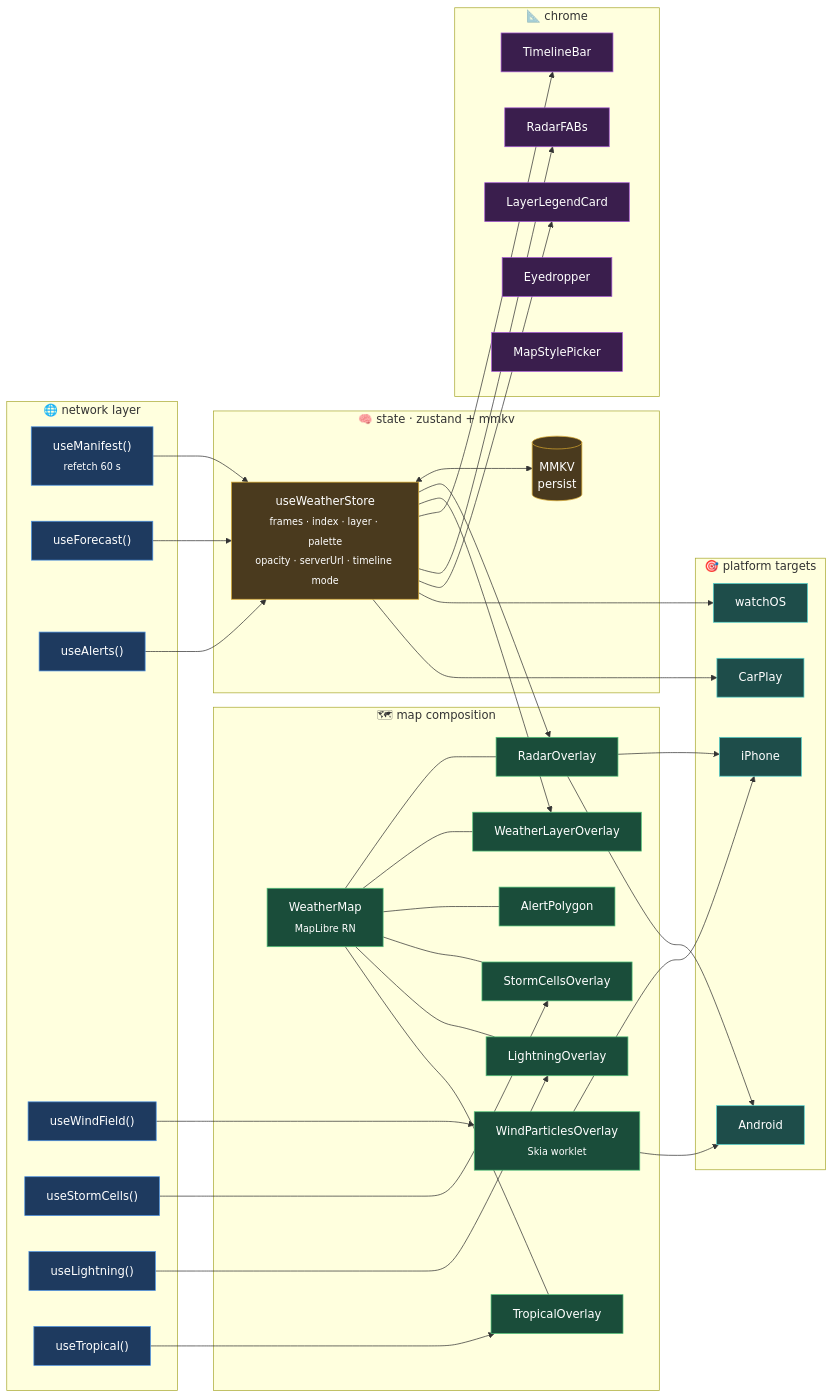
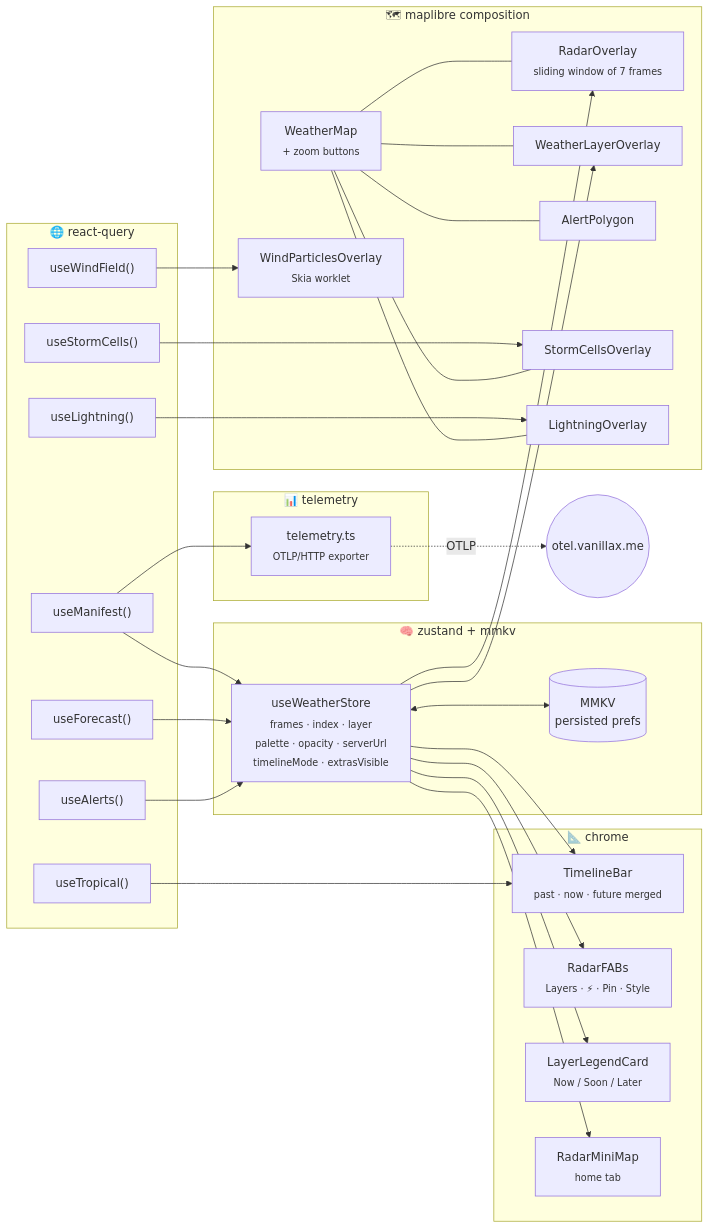
Before and after one commit to mitchross/radar-ng: the third of 7 diagrams in README.md, drawn with Mermaid. The commit also changed other lines of this file, not shown here.

First line of the commit message:
README: full-stack guide — frontend, backend, OTel pipeline, ops

````diff
--- a/README.md
+++ b/README.md
@@ -174,78 +160,52 @@
 ```mermaid
 flowchart LR
-    subgraph Net["🌐 network layer"]
-        Manifest["useManifest()<br/><sub>refetch 60 s</sub>"]
+    subgraph Net["🌐 react-query"]
+        Manifest["useManifest()"]
         Forecast["useForecast()"]
         Alerts["useAlerts()"]
         Wind["useWindField()"]
         Storms["useStormCells()"]
         Light["useLightning()"]
         Trop["useTropical()"]
     end
 
-    subgraph Store["🧠 state · zustand + mmkv"]
-        WS["useWeatherStore<br/><sub>frames · index · layer · palette<br/>opacity · serverUrl · timeline mode</sub>"]
-        MMKV[("MMKV<br/>persist")]
+    subgraph Store["🧠 zustand + mmkv"]
+        WS["useWeatherStore<br/><sub>frames · index · layer<br/>palette · opacity · serverUrl<br/>timelineMode · extrasVisible</sub>"]
+        MMKV[("MMKV<br/>persisted prefs")]
     end
 
-    subgraph Map["🗺 map composition"]
-        WM["WeatherMap<br/><sub>MapLibre RN</sub>"]
-        RO["RadarOverlay"]
+    subgraph Map["🗺 maplibre composition"]
+        WM["WeatherMap<br/><sub>+ zoom buttons</sub>"]
+        RO["RadarOverlay<br/><sub>sliding window of 7 frames</sub>"]
         WLO["WeatherLayerOverlay"]
         AP["AlertPolygon"]
         SC["StormCellsOverlay"]
         LO["LightningOverlay"]
-        TO["TropicalOverlay"]
         WP["WindParticlesOverlay<br/><sub>Skia worklet</sub>"]
     end
 
     subgraph Chrome["📐 chrome"]
-        TL["TimelineBar"]
-        FAB["RadarFABs"]
-        LL["LayerLegendCard"]
-        EYE["Eyedropper"]
-        MSP["MapStylePicker"]
+        TL["TimelineBar<br/><sub>past · now · future merged</sub>"]
+        FAB["RadarFABs<br/><sub>Layers · ⚡ · Pin · Style</sub>"]
+        LL["LayerLegendCard<br/><sub>Now / Soon / Later</sub>"]
+        MINI["RadarMiniMap<br/><sub>home tab</sub>"]
     end
 
-    subgraph Targets["🎯 platform targets"]
-        IOS[iPhone]
-        AND[Android]
-        WATCH[watchOS]
-        CARP[CarPlay]
+    subgraph OTel["📊 telemetry"]
+        T["telemetry.ts<br/><sub>OTLP/HTTP exporter</sub>"]
     end
 
-    Manifest --> WS
+    Manifest --> WS & T
     Forecast --> WS
     Alerts --> WS
     Wind --> WP
     Storms --> SC
     Light --> LO
-    Trop --> TO
-
+    Trop --> TL
     WS <--> MMKV
 
-    WS --> RO
-    WS --> WLO
-    WS --> TL
-    WS --> FAB
-    WS --> LL
+    WS --> RO & WLO & TL & FAB & LL & MINI
+    WM --- RO & WLO & AP & SC & LO
 
-    WM --- RO & WLO & AP & SC & LO & TO
-
-    RO --> IOS & AND
-    WP --> IOS & AND
-    WS --> WATCH
-    WS --> CARP
-
-    classDef net fill:#1e3a5f,stroke:#4a90e2,color:#fff
-    classDef st fill:#4a3a1e,stroke:#d4a52e,color:#fff
-    classDef map fill:#1a4d3a,stroke:#52c47a,color:#fff
-    classDef ch fill:#3a1e4d,stroke:#a456d4,color:#fff
-    classDef tg fill:#1e4d4a,stroke:#56d4ce,color:#fff
-
-    class Manifest,Forecast,Alerts,Wind,Storms,Light,Trop net
-    class WS,MMKV st
-    class WM,RO,WLO,AP,SC,LO,TO,WP map
-    class TL,FAB,LL,EYE,MSP ch
-    class IOS,AND,WATCH,CARP tg
+    T -.OTLP.-> Otel(("otel.vanillax.me"))
 ```
````
